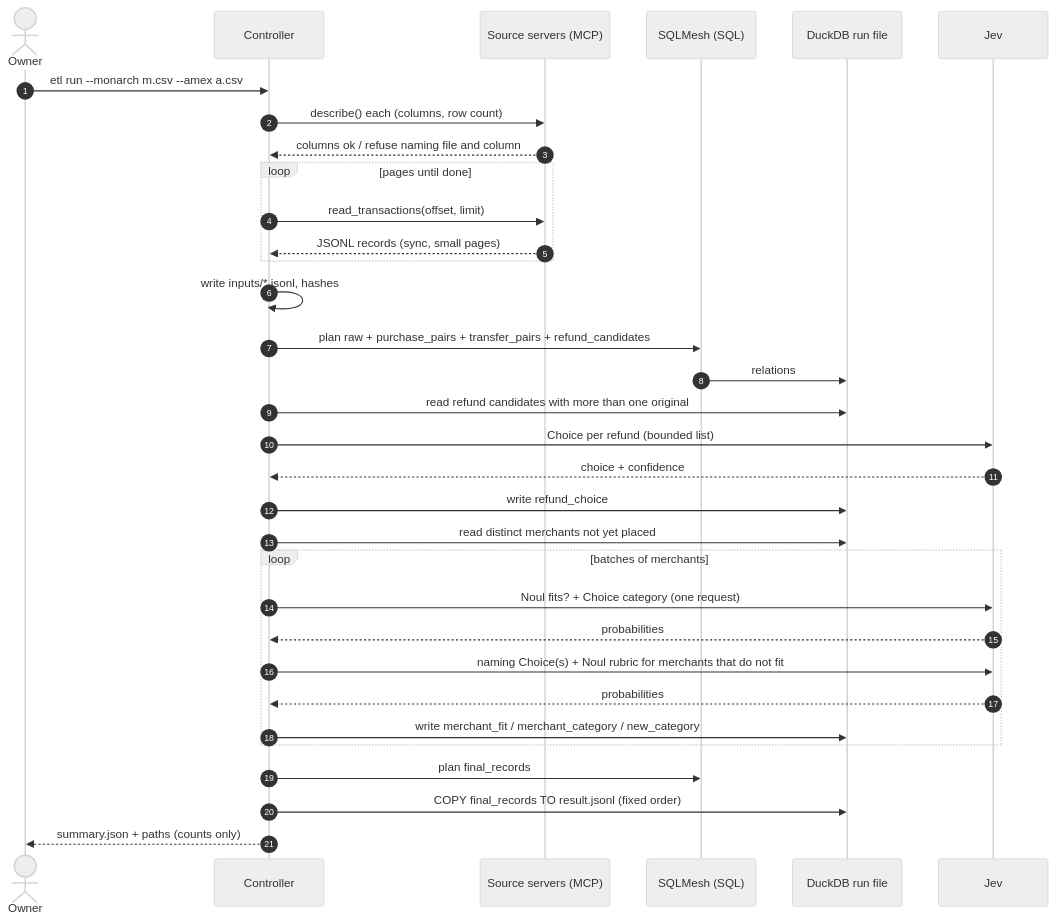
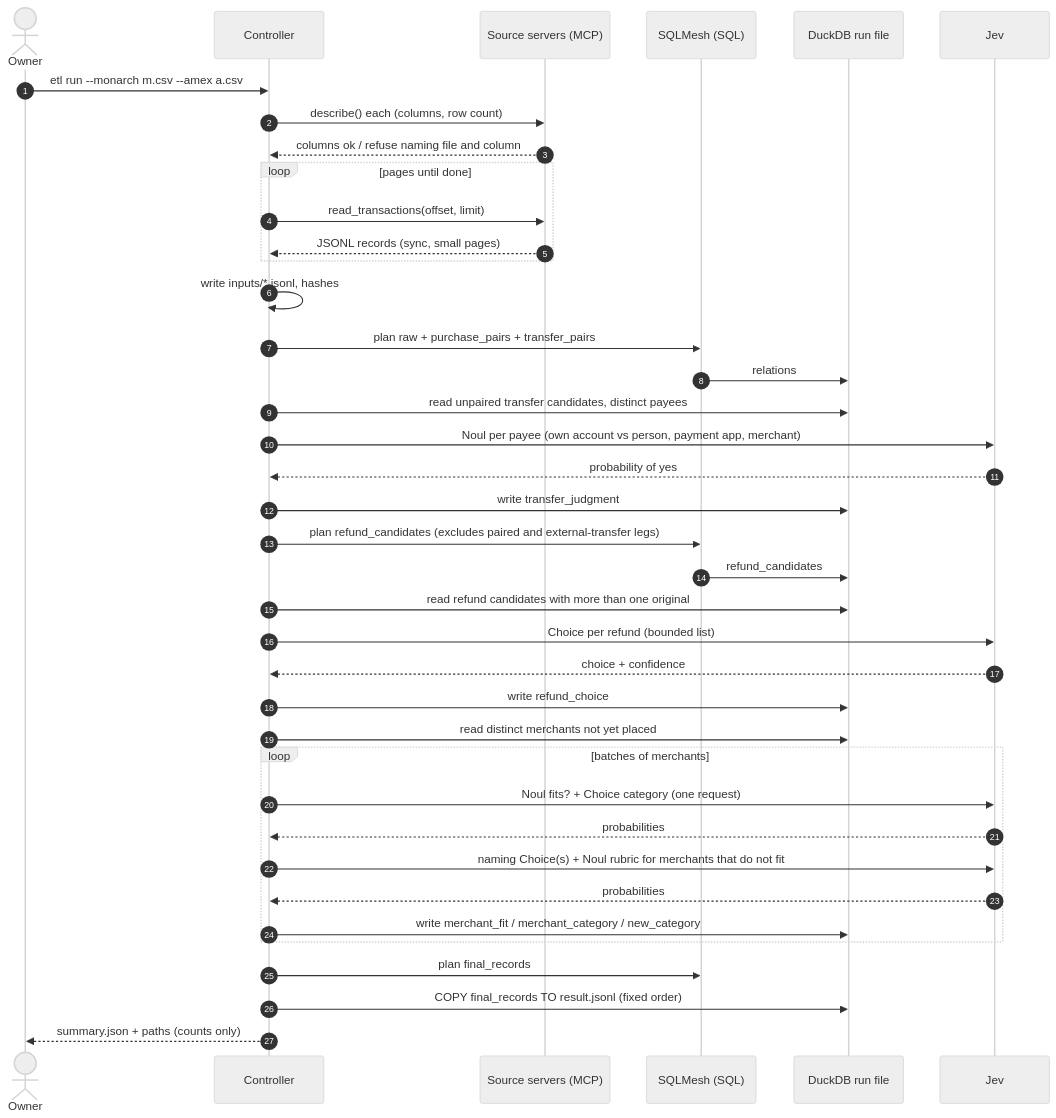
Before and after one commit to drusifer/understudy: the second of 2 diagrams in docs/sprints/ARCH_SPRINT17.md, drawn with Mermaid (neutral theme). The commit also changed other lines of this file and 17 other files, not shown here.

````diff
--- a/docs/sprints/ARCH_SPRINT17.md
+++ b/docs/sprints/ARCH_SPRINT17.md
@@ -54,36 +54,42 @@
 ```mermaid
 sequenceDiagram
     autonumber
     actor Owner
     participant C as Controller
     participant S as Source servers (MCP)
     participant Q as SQLMesh (SQL)
     participant D as DuckDB run file
     participant J as Jev
 
     Owner->>C: etl run --monarch m.csv --amex a.csv
     C->>S: describe() each (columns, row count)
     S-->>C: columns ok / refuse naming file and column
     loop pages until done
         C->>S: read_transactions(offset, limit)
         S-->>C: JSONL records (sync, small pages)
     end
     C->>C: write inputs/*.jsonl, hashes
-    C->>Q: plan raw + purchase_pairs + transfer_pairs + refund_candidates
+    C->>Q: plan raw + purchase_pairs + transfer_pairs
     Q->>D: relations
+    C->>D: read unpaired transfer candidates, distinct payees
+    C->>J: Noul per payee (own account vs person, payment app, merchant)
+    J-->>C: probability of yes
+    C->>D: write transfer_judgment
+    C->>Q: plan refund_candidates (excludes paired and external-transfer legs)
+    Q->>D: refund_candidates
     C->>D: read refund candidates with more than one original
     C->>J: Choice per refund (bounded list)
     J-->>C: choice + confidence
     C->>D: write refund_choice
     C->>D: read distinct merchants not yet placed
     loop batches of merchants
         C->>J: Noul fits? + Choice category (one request)
         J-->>C: probabilities
         C->>J: naming Choice(s) + Noul rubric for merchants that do not fit
         J-->>C: probabilities
         C->>D: write merchant_fit / merchant_category / new_category
     end
     C->>Q: plan final_records
     C->>D: COPY final_records TO result.jsonl (fixed order)
     C-->>Owner: summary.json + paths (counts only)
 ```
````
